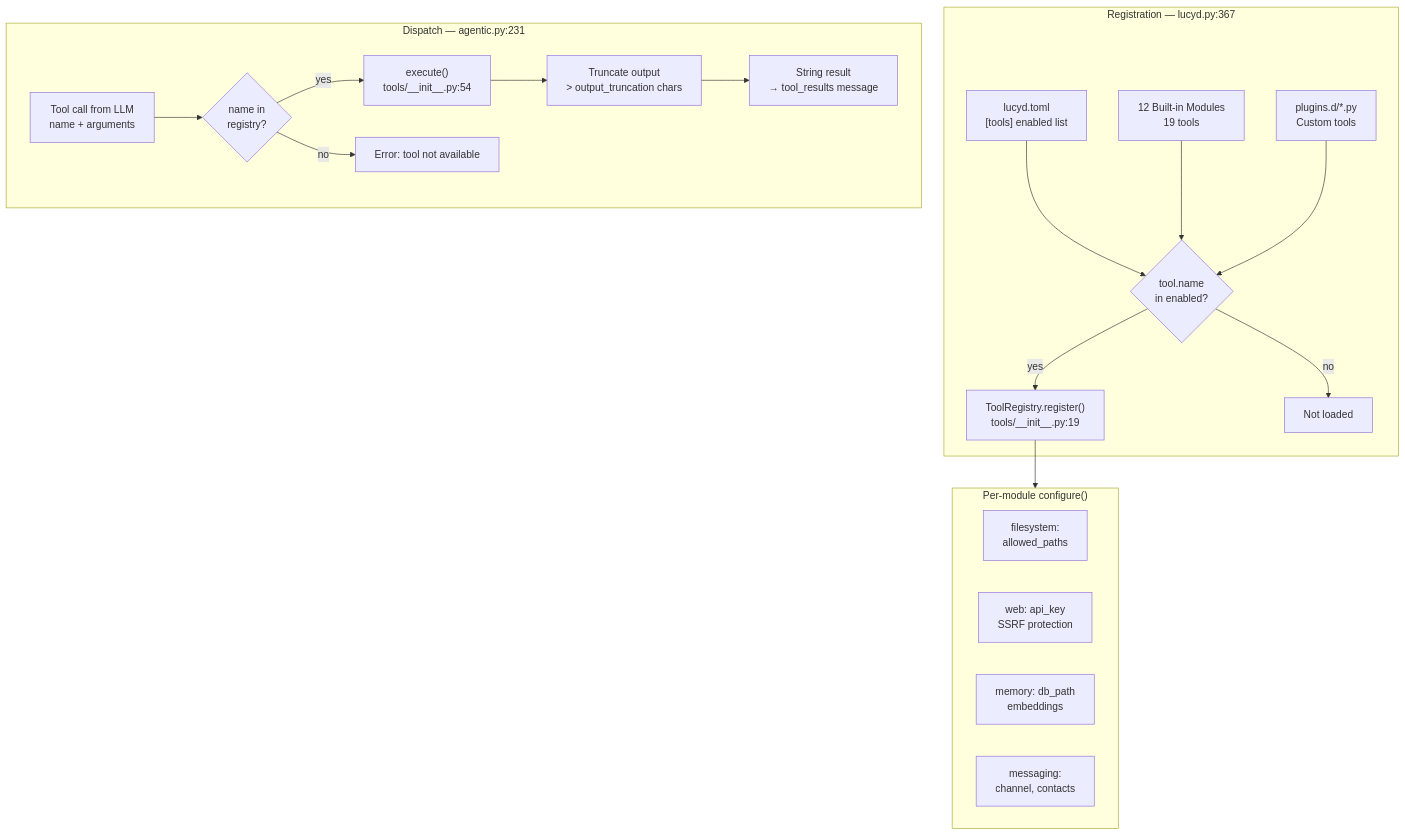
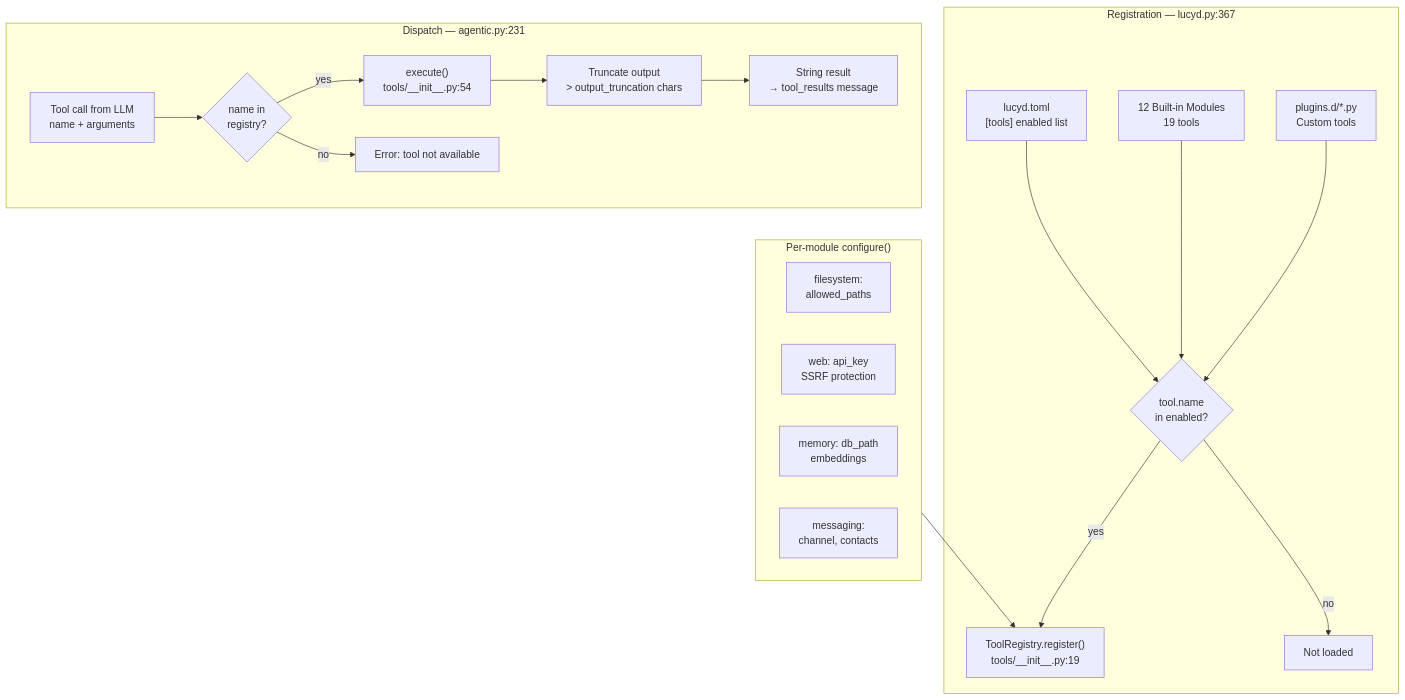
One commit to nicolasforstinger/lucyd changed the seventh of 8 diagrams in docs/diagrams.md. Above: the diagram before and after it, drawn with Mermaid.

Commit message:
fix: tool system diagram — configure() runs before registration, not after
The arrow REG → Configure implied tools are registered first then
configured. Actual code pattern is import → configure() → register().
Reversed to Configure → REG.

````diff
--- a/docs/diagrams.md
+++ b/docs/diagrams.md
@@ -272,36 +272,36 @@
 ```mermaid
 flowchart TD
     subgraph Startup["Registration — lucyd.py:367"]
         CONFIG["lucyd.toml<br/>[tools] enabled list"]
         BUILTIN["12 Built-in Modules<br/>19 tools"]
         PLUGINS["plugins.d/*.py<br/>Custom tools"]
         CONFIG --> FILTER{"tool.name<br/>in enabled?"}
         BUILTIN --> FILTER
         PLUGINS --> FILTER
         FILTER -->|yes| REG["ToolRegistry.register()<br/>tools/__init__.py:19"]
         FILTER -->|no| SKIP["Not loaded"]
     end
 
     subgraph Configure["Per-module configure()"]
         direction LR
         FS_CFG["filesystem:<br/>allowed_paths"]
         WEB_CFG["web: api_key<br/>SSRF protection"]
         MEM_CFG["memory: db_path<br/>embeddings"]
         MSG_CFG["messaging:<br/>channel, contacts"]
     end
 
     subgraph Runtime["Dispatch — agentic.py:231"]
         CALL["Tool call from LLM<br/>name + arguments"]
         LOOKUP{"name in<br/>registry?"}
         EXEC["execute()<br/>tools/__init__.py:54"]
         TRUNC["Truncate output<br/>> output_truncation chars"]
         RESULT["String result<br/>→ tool_results message"]
         ERR["Error: tool not available"]
     end
 
-    REG --> Configure
+    Configure --> REG
 
     CALL --> LOOKUP
     LOOKUP -->|yes| EXEC --> TRUNC --> RESULT
     LOOKUP -->|no| ERR
 ```
````
